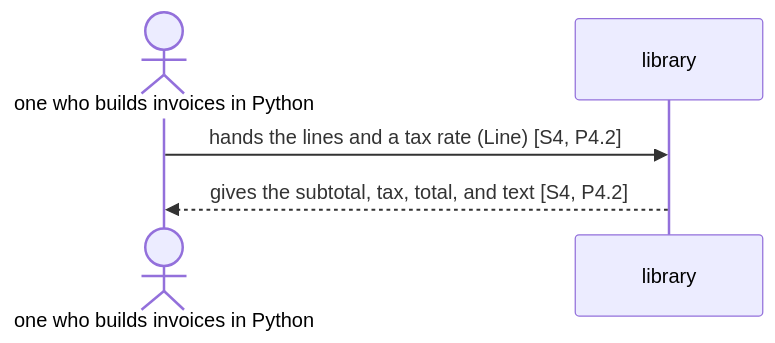
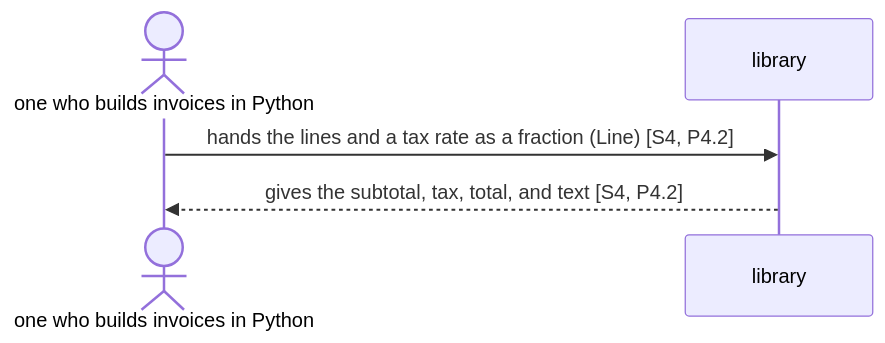
The fourth of 4 diagrams in docs/architecture.md (lovaizu/playground), drawn with Mermaid before and after one commit. The commit also changed other lines of this file and 2 other files, not shown here.

Commit message:
Architecture: the command owns the rate's conversion, and the checks' places

````diff
--- a/docs/architecture.md
+++ b/docs/architecture.md
@@ -219,7 +225,7 @@
 ```mermaid
 sequenceDiagram
   actor D as one who builds invoices in Python
   participant L as library
-  D->>L: hands the lines and a tax rate (Line) [S4, P4.2]
+  D->>L: hands the lines and a tax rate as a fraction (Line) [S4, P4.2]
   L-->>D: gives the subtotal, tax, total, and text [S4, P4.2]
 ```
````
